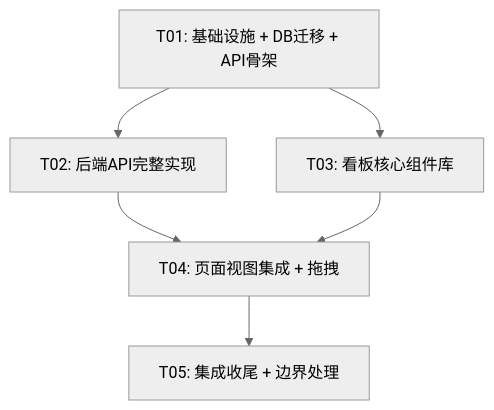
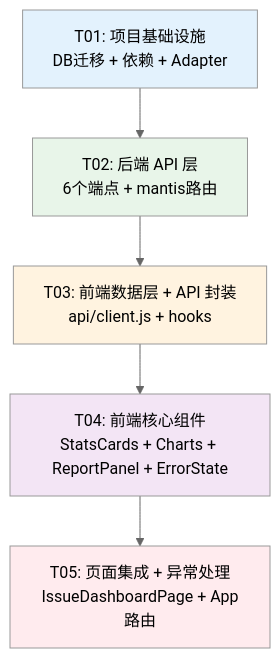
Before and after one commit to SugonChenxu/hpm: the fifth of 5 diagrams in docs/system_design.md, drawn with Mermaid (neutral theme). The commit also changed other lines of this file and 4 other files, not shown here.

````diff
--- a/docs/system_design.md
+++ b/docs/system_design.md
@@ -780,14 +727,13 @@
 ```mermaid
 graph TD
-    T01["T01: 基础设施 + DB迁移 + API骨架"]
-    T02["T02: 后端API完整实现"]
-    T03["T03: 看板核心组件库"]
-    T04["T04: 页面视图集成 + 拖拽"]
-    T05["T05: 集成收尾 + 边界处理"]
+    T01["T01: 项目基础设施<br/>DB迁移 + 依赖 + Adapter"] --> T02["T02: 后端 API 层<br/>6个端点 + mantis路由"]
+    T02 --> T03["T03: 前端数据层 + API 封装<br/>api/client.js + hooks"]
+    T03 --> T04["T04: 前端核心组件<br/>StatsCards + Charts + ReportPanel + ErrorState"]
+    T04 --> T05["T05: 页面集成 + 异常处理<br/>IssueDashboardPage + App路由"]
 
-    T01 --> T02
-    T01 --> T03
-    T02 --> T04
-    T03 --> T04
-    T04 --> T05
+    style T01 fill:#E3F2FD
+    style T02 fill:#E8F5E9
+    style T03 fill:#FFF3E0
+    style T04 fill:#F3E5F5
+    style T05 fill:#FFEBEE
 ```
````
